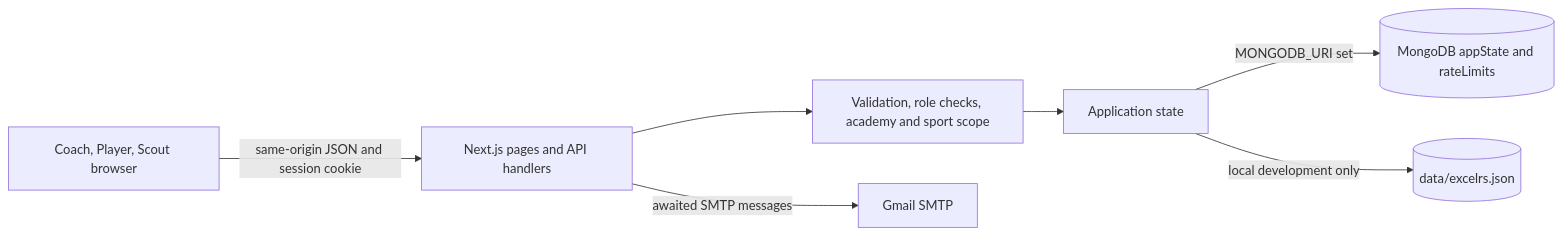
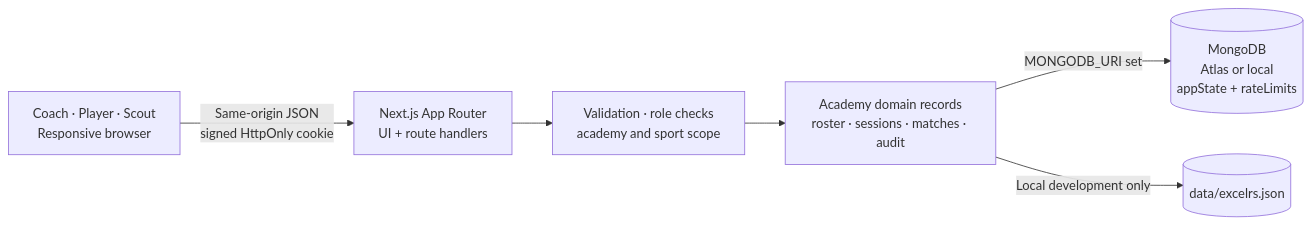
One commit to Sanket17052006/vibe-coding-challenge-2-0-TEAMZERO changed the diagram in README.md. Above: the diagram before and after it, drawn with Mermaid. The commit also changed other lines of this file and 36 other files, not shown here.

Commit message:
Add single-academy multisport performance workflows and release validation

````diff
--- a/README.md
+++ b/README.md
@@ -52,9 +69,8 @@
-~~~mermaid
+```mermaid
 flowchart LR
-  B[Coach, Player, Scout browser] -->|same-origin JSON and session cookie| N[Next.js pages and API handlers]
-  N --> A[Validation, role checks, academy and sport scope]
-  A --> S[Application state]
-  S -->|MONGODB_URI set| M[(MongoDB appState and rateLimits)]
-  S -->|local development only| F[(data/excelrs.json)]
-  N -->|awaited SMTP messages| E[Gmail SMTP]
-~~~
+  C[Coach · Player · Scout<br/>Responsive browser] -->|Same-origin JSON<br/>signed HttpOnly cookie| N[Next.js App Router<br/>UI + route handlers]
+  N --> V[Validation · role checks<br/>academy and sport scope]
+  V --> D[Academy domain records<br/>roster · sessions · matches · audit]
+  D -->|MONGODB_URI set| M[(MongoDB<br/>Atlas or local<br/>appState + rateLimits)]
+  D -->|Local development only| F[(data/excelrs.json)]
+```
````
